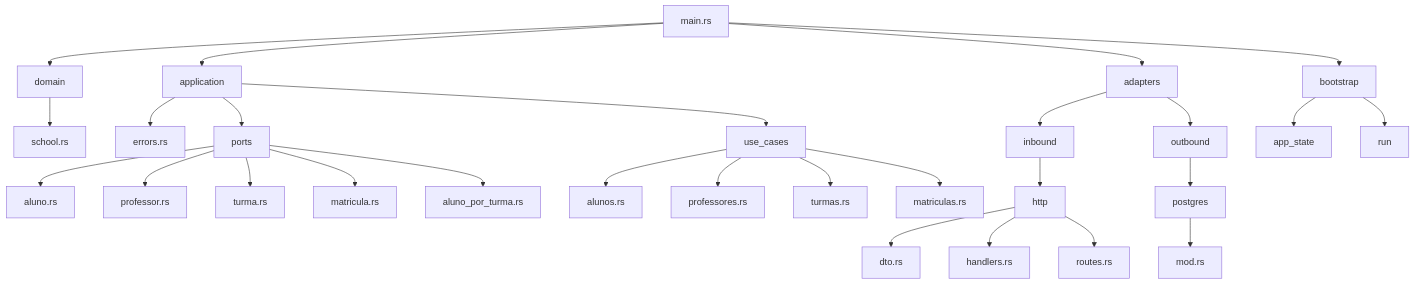
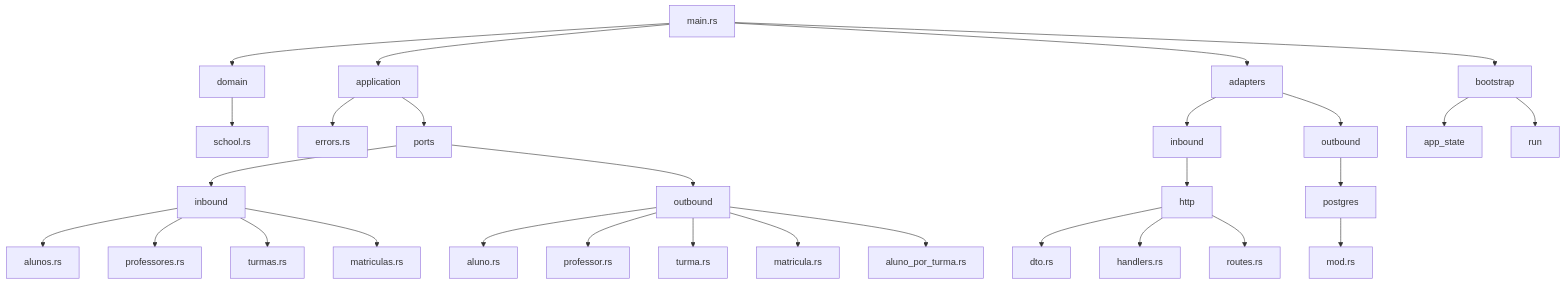
Before and after one commit to mtraja/gerax: the first of 2 diagrams in examples/app_students_v2/README.md, drawn with Mermaid. The commit also changed 16 other files, not shown here.

Commit message:
refactor: move application inbound/outbound under application/ports

````diff
--- a/examples/app_students_v2/README.md
+++ b/examples/app_students_v2/README.md
@@ -21,37 +21,39 @@
 ```mermaid
 flowchart TD
     A[main.rs] --> B[domain]
     A --> C[application]
     A --> D[adapters]
     A --> E[bootstrap]
 
     B --> B1[school.rs]
     C --> C1[errors.rs]
     C --> C2[ports]
-    C --> C3[use_cases]
 
-    C2 --> C2a[aluno.rs]
-    C2 --> C2b[professor.rs]
-    C2 --> C2c[turma.rs]
-    C2 --> C2d[matricula.rs]
-    C2 --> C2e[aluno_por_turma.rs]
+    C2 --> C2a[inbound]
+    C2 --> C2b[outbound]
 
-    C3 --> C3a[alunos.rs]
-    C3 --> C3b[professores.rs]
-    C3 --> C3c[turmas.rs]
-    C3 --> C3d[matriculas.rs]
+    C2a --> C2a1[alunos.rs]
+    C2a --> C2a2[professores.rs]
+    C2a --> C2a3[turmas.rs]
+    C2a --> C2a4[matriculas.rs]
+
+    C2b --> C2b1[aluno.rs]
+    C2b --> C2b2[professor.rs]
+    C2b --> C2b3[turma.rs]
+    C2b --> C2b4[matricula.rs]
+    C2b --> C2b5[aluno_por_turma.rs]
 
     D --> D1[inbound]
     D --> D2[outbound]
 
     D1 --> D1a[http]
     D1a --> D1a1[dto.rs]
     D1a --> D1a2[handlers.rs]
     D1a --> D1a3[routes.rs]
 
     D2 --> D2a[postgres]
     D2a --> D2a1[mod.rs]
 
     E --> E1[app_state]
     E --> E2[run]
 ```
````
